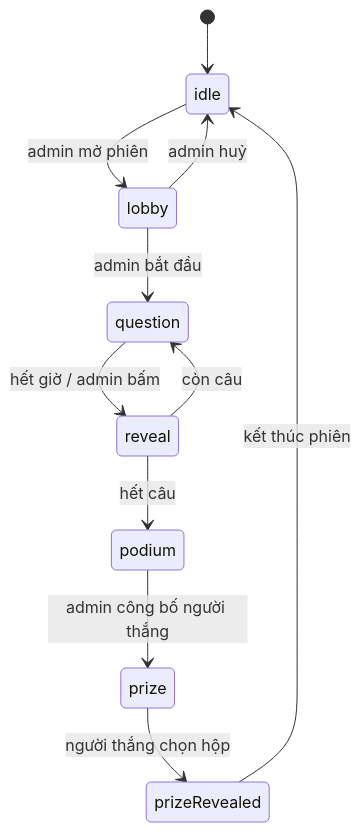
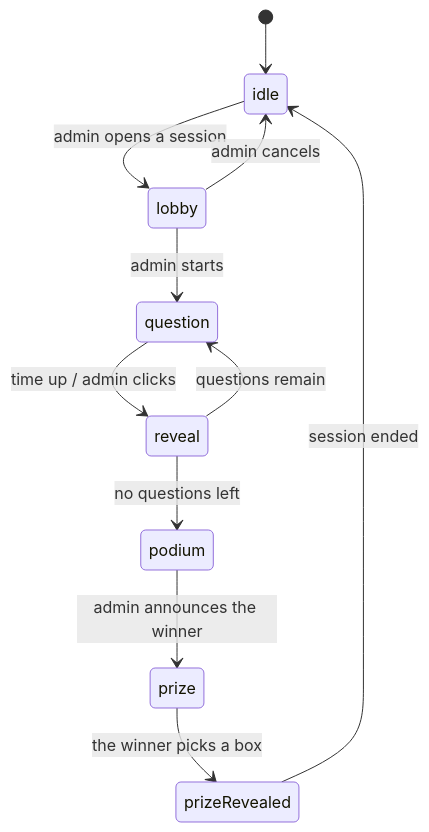
One commit to kiu-chan/open-day-quiz changed the diagram in docs/architecture.md. Above: the diagram before and after it, drawn with Mermaid. The commit also changed other lines of this file and 66 other files, not shown here.

````diff
--- a/docs/architecture.md
+++ b/docs/architecture.md
@@ -98,13 +101,13 @@
 ```mermaid
 stateDiagram-v2
     [*] --> idle
-    idle --> lobby: admin mở phiên
-    lobby --> question: admin bắt đầu
-    question --> reveal: hết giờ / admin bấm
-    reveal --> question: còn câu
-    reveal --> podium: hết câu
-    podium --> prize: admin công bố người thắng
-    prize --> prizeRevealed: người thắng chọn hộp
-    prizeRevealed --> idle: kết thúc phiên
-    lobby --> idle: admin huỷ
+    idle --> lobby: admin opens a session
+    lobby --> question: admin starts
+    question --> reveal: time up / admin clicks
+    reveal --> question: questions remain
+    reveal --> podium: no questions left
+    podium --> prize: admin announces the winner
+    prize --> prizeRevealed: the winner picks a box
+    prizeRevealed --> idle: session ended
+    lobby --> idle: admin cancels
 ```
````
